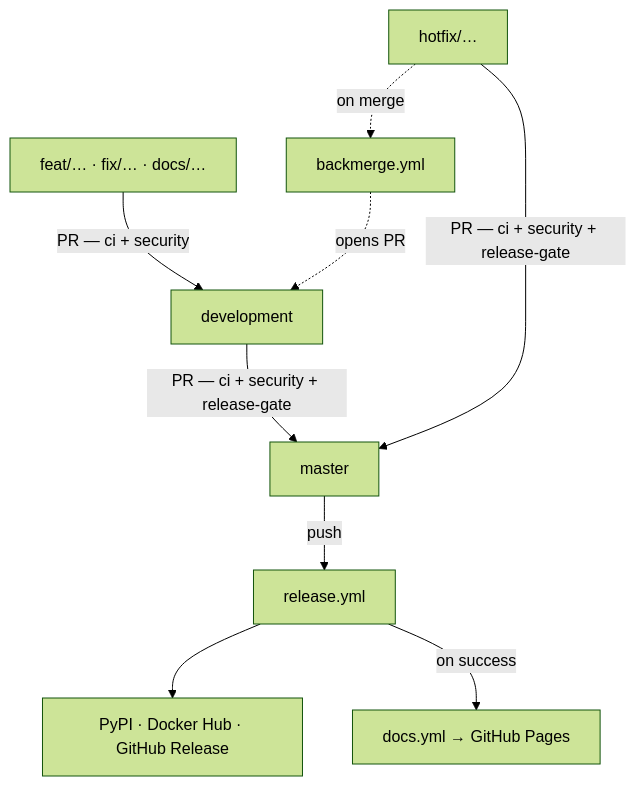
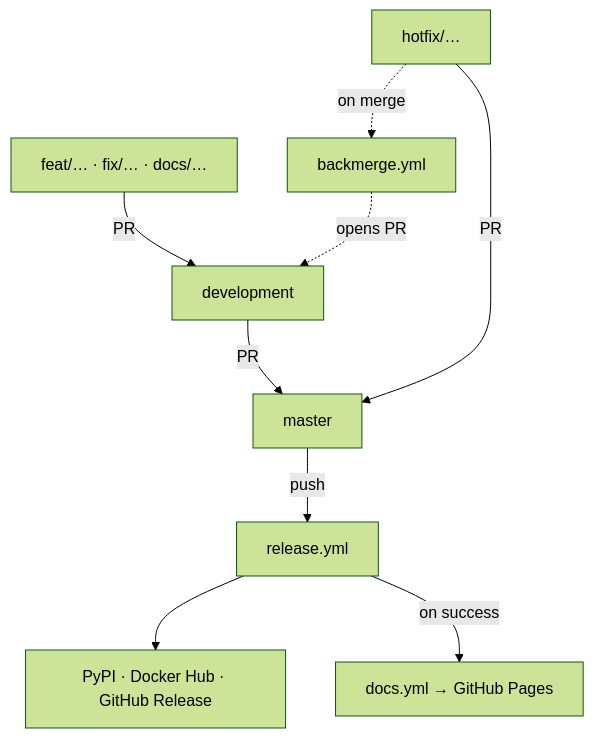
Before and after one commit to fennet82/ci-doctor: the diagram in docs/ci-cd.md, drawn with Mermaid (forest theme). The commit also changed other lines of this file and 10 other files, not shown here.

First line of the commit message:
fix(docs): fixed diagrams using diagram-design

````diff
--- a/docs/ci-cd.md
+++ b/docs/ci-cd.md
@@ -14,13 +17,13 @@
 ```mermaid
 flowchart TD
-    F["feat/… · fix/… · docs/…"] -->|"PR — ci + security"| D[development]
-    D -->|"PR — ci + security + release-gate"| M[master]
-    H["hotfix/…"] -->|"PR — ci + security + release-gate"| M
+    F["feat/… · fix/… · docs/…"] -->|PR| D[development]
+    D -->|PR| M[master]
+    H["hotfix/…"] -->|PR| M
 
     M -->|push| REL[release.yml]
     REL --> PUB["PyPI · Docker Hub · GitHub Release"]
     REL -->|on success| DOC["docs.yml → GitHub Pages"]
 
     H -.->|on merge| BM[backmerge.yml]
     BM -.->|opens PR| D
 ```
````
